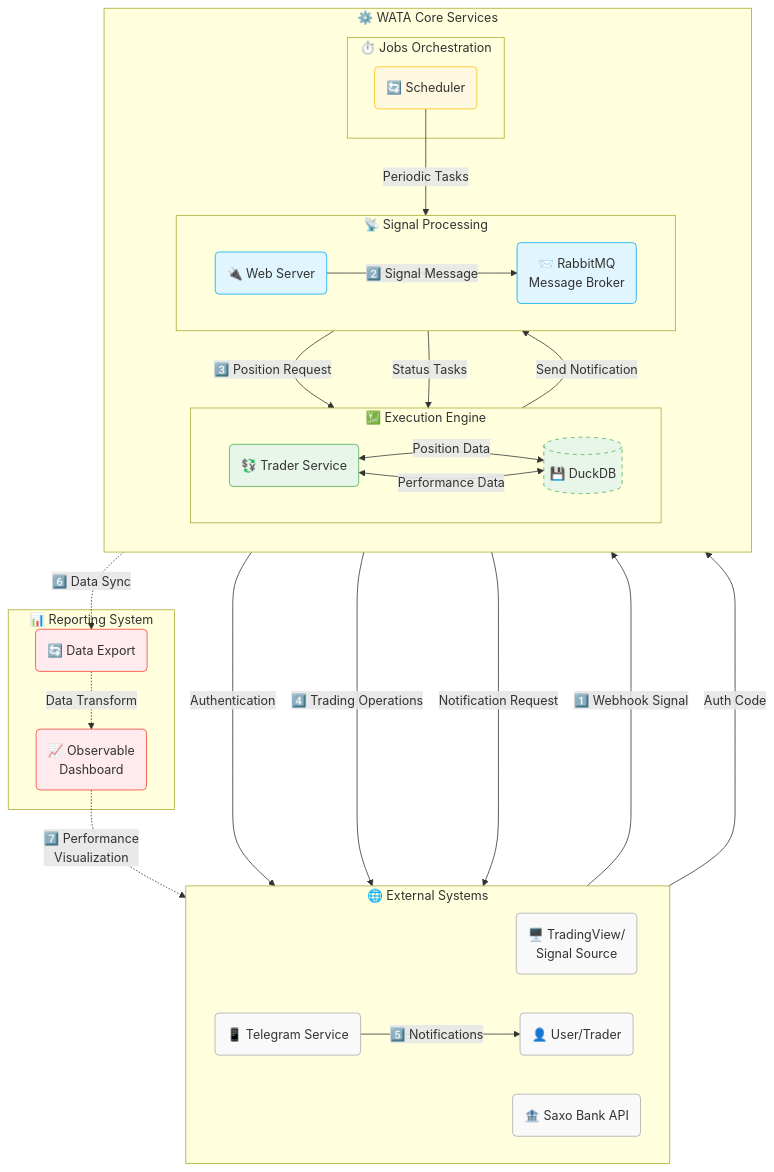
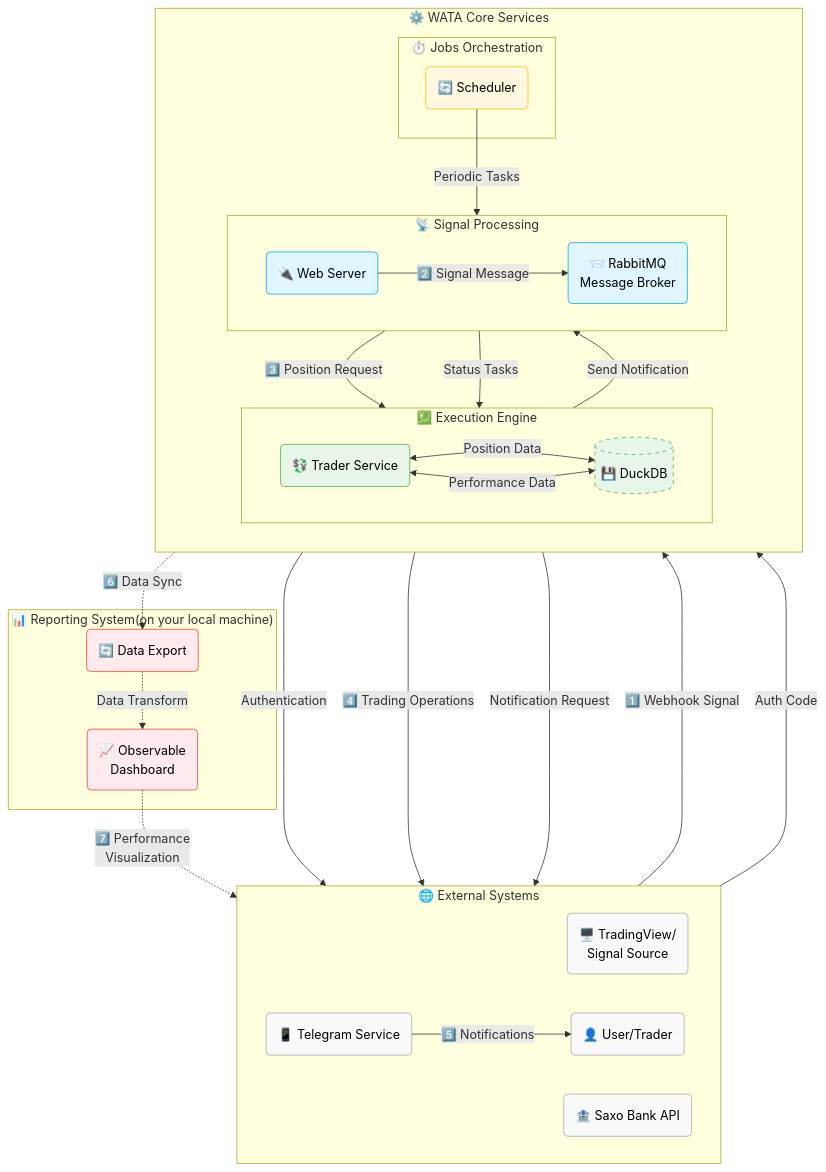
The diagram in README.md (IOITI/WATA), drawn with Mermaid before and after one commit.

Commit message:
Update README flowchart to improve styling and clarify Reporting System description

````diff
--- a/README.md
+++ b/README.md
@@ -104,73 +104,73 @@
 ```mermaid
 flowchart TD
     %% Styling
-    classDef external fill:#f9f9f9,stroke:#aaa,stroke-width:1px
-    classDef processing fill:#e1f5fe,stroke:#03a9f4,stroke-width:1px
-    classDef execution fill:#e8f5e9,stroke:#4caf50,stroke-width:1px
-    classDef jobs fill:#fff8e1,stroke:#ffc107,stroke-width:1px
-    classDef database fill:#f3e5f5,stroke:#9c27b0,stroke-width:2px,stroke-dasharray: 5 5
-    classDef reporting fill:#ffebee,stroke:#f44336,stroke-width:1px
+    classDef external fill:#f9f9f9,stroke:#aaa,stroke-width:1px,color:#000
+    classDef processing fill:#e1f5fe,stroke:#03a9f4,stroke-width:1px,color:#000
+    classDef execution fill:#e8f5e9,stroke:#4caf50,stroke-width:1px,color:#000
+    classDef jobs fill:#fff8e1,stroke:#ffc107,stroke-width:1px,color:#000
+    classDef database fill:#f3e5f5,stroke:#9c27b0,stroke-width:2px,stroke-dasharray: 5 5,color:#000
+    classDef reporting fill:#ffebee,stroke:#f44336,stroke-width:1px,color:#000
     
     
             %% Reporting System
-    subgraph RepSys["📊 Reporting System"]
+    subgraph RepSys["📊 Reporting System(on your local machine)"]
         EX("🔄 Data Export")
         OD("📈 Observable<br>Dashboard")
     end
     
     %% External Systems
     subgraph ExtSys["🌐 External Systems"]
         direction LR
         TV("🖥️ TradingView/<br>Signal Source")
         SB("🏦 Saxo Bank API")
         User("👤 User/Trader")
         TG("📱 Telegram Service")
     end
     
     %% WATA Core Services
     subgraph CoreSys["⚙️ WATA Core Services"]
         direction TB
         
         subgraph SigProc["📡 Signal Processing"]
             direction LR
             WS("🔌 Web Server")
             RMQ("📨 RabbitMQ<br>Message Broker")
         end
         
         subgraph ExecEng["💹 Execution Engine"]
             direction LR
             TR("💱 Trader Service")
             DB[("💾 DuckDB")]:::database
         end
         
         subgraph JobSvc["⏱️ Jobs Orchestration"]
             SC("🔄 Scheduler")
         end
     end
     
     
     %% Connections with styled arrows
     TV -- "1️⃣ Webhook Signal" --> WS
     WS -- "2️⃣ Signal Message" --> RMQ
     RMQ -- "3️⃣ Position Request" --> TR
     TR -- "Authentication" --> SB
     User -- "Auth Code" --> TR
     TR -- "4️⃣ Trading Operations" --> SB
     TR -- "Send Notification" --> RMQ
     RMQ -- "Notification Request" --> TG
     TG -- "5️⃣ Notifications" --> User
     TR <-- "Position Data" --> DB
     SC -- "Periodic Tasks" --> RMQ
     RMQ -- "Status Tasks" --> TR
     TR <-- "Performance Data" --> DB
     DB -. "6️⃣ Data Sync" .-> EX
     EX -. "Data Transform" .-> OD
     OD -. "7️⃣ Performance<br>Visualization" .-> User
     
     %% Apply styles
     class TV,SB,User,TG external
     class WS,RMQ processing
     class TR,DB execution
     class SC jobs
     class EX,OD reporting
 ```
````
